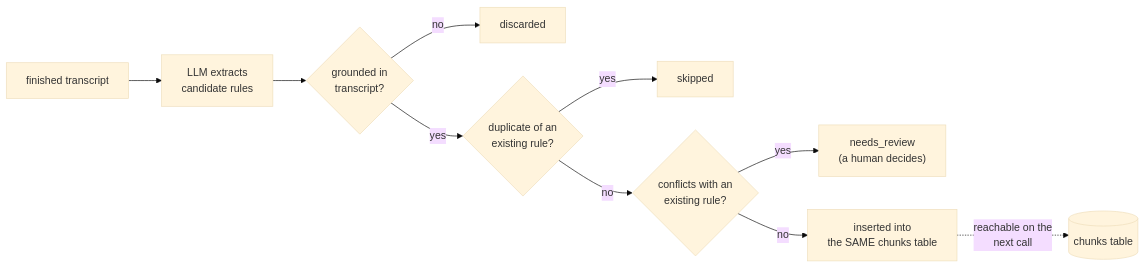
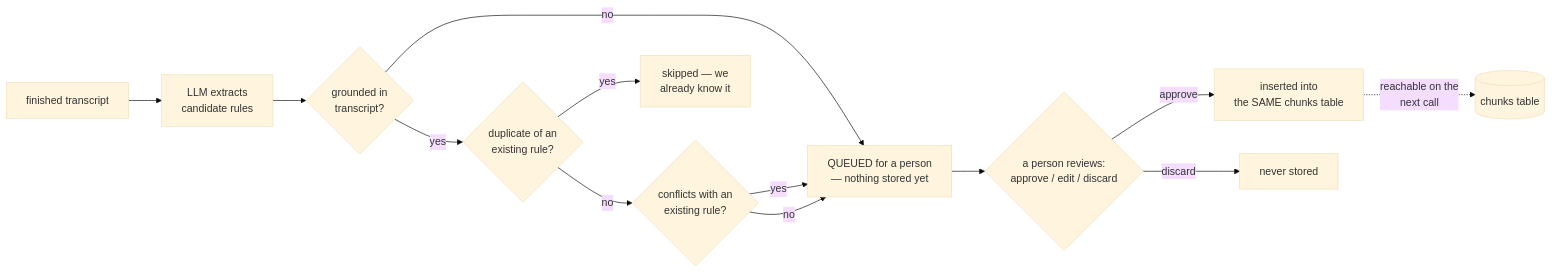
The second of 3 diagrams in docs/ARCHITECTURE_SIMPLE.md (shahbhavya7/Prompt_Factory), drawn with Mermaid (base theme) before and after one commit. The commit also changed other lines of this file and 17 other files, not shown here.

````diff
--- a/docs/ARCHITECTURE_SIMPLE.md
+++ b/docs/ARCHITECTURE_SIMPLE.md
@@ -47,19 +47,24 @@
 ```mermaid
 flowchart LR
     T["finished transcript"] --> X["LLM extracts
     candidate rules"]
     X --> G1{"grounded in
     transcript?"}
-    G1 -- no --> R1["discarded"]
+    G1 -- no --> Q
     G1 -- yes --> G2{"duplicate of an
     existing rule?"}
-    G2 -- yes --> R2["skipped"]
+    G2 -- yes --> R2["skipped — we
+    already know it"]
     G2 -- no --> G3{"conflicts with an
     existing rule?"}
-    G3 -- yes --> R3["needs_review
-    (a human decides)"]
-    G3 -- no --> INS["inserted into
+    G3 -- yes --> Q
+    G3 -- no --> Q["QUEUED for a person
+    — nothing stored yet"]
+    Q --> H{"a person reviews:
+    approve / edit / discard"}
+    H -- "approve" --> INS["inserted into
     the SAME chunks table"]
+    H -- "discard" --> DROP["never stored"]
     INS -.->|"reachable on the
     next call"| DB[("chunks table")]
 ```
````
